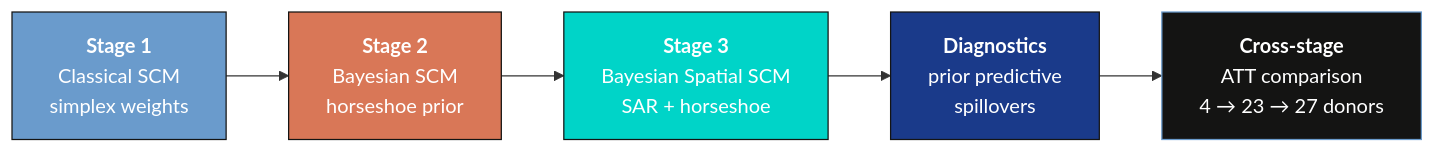
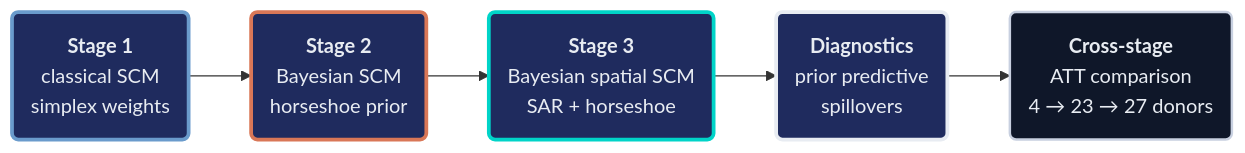
The diagram in content/post/r_sc_bayes_spatial/tutorial.qmd (cmg777/starter-academic-v501), drawn with Mermaid before and after one commit. The commit also changed other lines of this file and 42 other files, not shown here.

First line of the commit message:
content(mermaid): restyle Mermaid copies in tutorial sources and the LaLonde slide deck

````diff
--- a/content/post/r_sc_bayes_spatial/tutorial.qmd
+++ b/content/post/r_sc_bayes_spatial/tutorial.qmd
@@ -87,13 +87,17 @@
 ```{mermaid}
 graph LR
-    A["<b>Stage 1</b><br/>Classical SCM<br/>simplex weights"] --> B["<b>Stage 2</b><br/>Bayesian SCM<br/>horseshoe prior"]
-    B --> C["<b>Stage 3</b><br/>Bayesian Spatial SCM<br/>SAR + horseshoe"]
-    C --> D["<b>Diagnostics</b><br/>prior predictive<br/>spillovers"]
-    D --> E["<b>Cross-stage</b><br/>ATT comparison<br/>4 → 23 → 27 donors"]
-
-    style A fill:#6a9bcc,stroke:#141413,color:#fff
-    style B fill:#d97757,stroke:#141413,color:#fff
-    style C fill:#00d4c8,stroke:#141413,color:#fff
-    style D fill:#1a3a8a,stroke:#141413,color:#fff
-    style E fill:#141413,stroke:#6a9bcc,color:#fff
+    A("<b>Stage 1</b><br/>classical SCM<br/>simplex weights") --> B("<b>Stage 2</b><br/>Bayesian SCM<br/>horseshoe prior")
+    B --> C("<b>Stage 3</b><br/>Bayesian spatial SCM<br/>SAR + horseshoe")
+    C --> D("<b>Diagnostics</b><br/>prior predictive<br/>spillovers")
+    D --> E("<b>Cross-stage</b><br/>ATT comparison<br/>4 → 23 → 27 donors")
+    classDef blue fill:#1f2b5e,stroke:#6a9bcc,stroke-width:3px,color:#e8ecf2
+    classDef orange fill:#1f2b5e,stroke:#d97757,stroke-width:3px,color:#e8ecf2
+    classDef teal fill:#1f2b5e,stroke:#00d4c8,stroke-width:3px,color:#e8ecf2
+    classDef key fill:#1f2b5e,stroke:#e8ecf2,stroke-width:3px,color:#e8ecf2
+    classDef anchor fill:#0f1729,stroke:#c8d0e0,stroke-width:2px,color:#e8ecf2
+    class A blue
+    class B orange
+    class C teal
+    class D key
+    class E anchor
 ```
````
